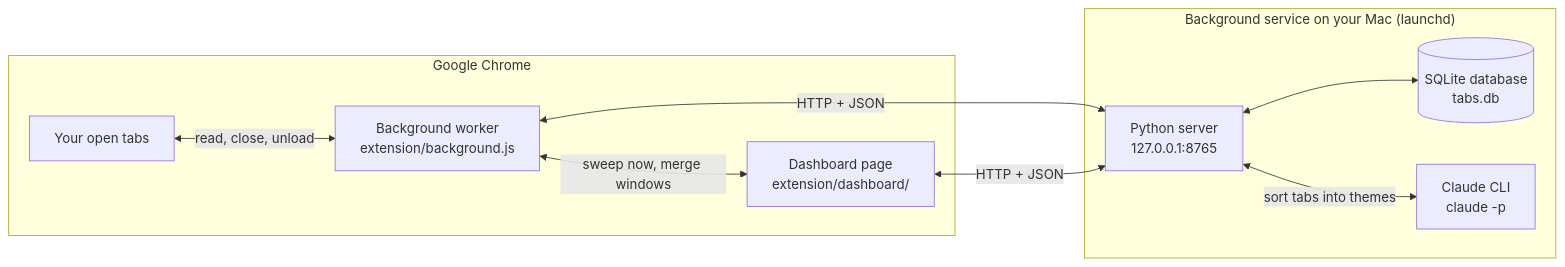
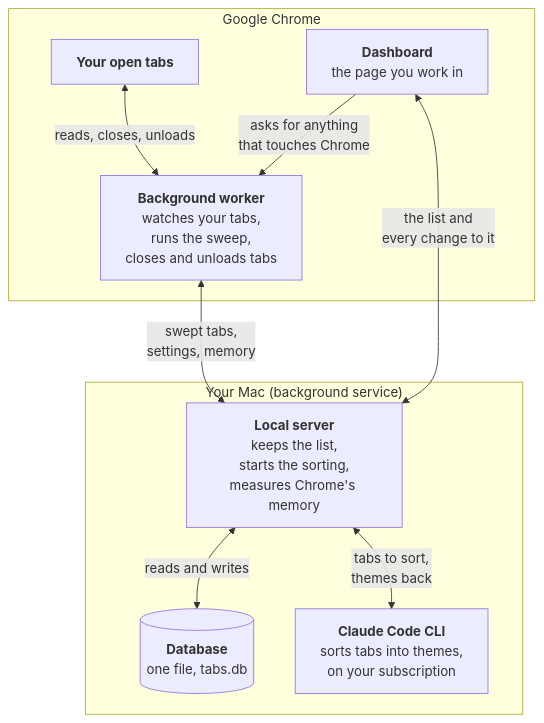
Before and after one commit to geopapa11/tab-triage: the first of 2 diagrams in docs/ARCHITECTURE.md, drawn with Mermaid. The commit also changed other lines of this file and 1 other file, not shown here.

Commit message:
docs(architecture): redraw the overview diagram and document the database
The three-part diagram is now top-down with plain-language labels and a short
walk-through, so it stays readable at GitHub's width. docs/DATABASE.md
describes every table and column, how they connect, the life of a tab row and
when rows are deleted.

````diff
--- a/docs/ARCHITECTURE.md
+++ b/docs/ARCHITECTURE.md
@@ -8,19 +10,19 @@
 ```mermaid
-flowchart LR
-  subgraph Chrome["Google Chrome"]
-    tabs["Your open tabs"]
-    worker["Background worker<br/>extension/background.js"]
-    dash["Dashboard page<br/>extension/dashboard/"]
+flowchart TB
+  subgraph chrome["Google Chrome"]
+    tabs["<b>Your open tabs</b>"]
+    worker["<b>Background worker</b><br/>watches your tabs,<br/>runs the sweep,<br/>closes and unloads tabs"]
+    dash["<b>Dashboard</b><br/>the page you work in"]
   end
-  subgraph Mac["Background service on your Mac (launchd)"]
-    server["Python server<br/>127.0.0.1:8765"]
-    db[("SQLite database<br/>tabs.db")]
-    claude["Claude CLI<br/>claude -p"]
+  subgraph mac["Your Mac (background service)"]
+    server["<b>Local server</b><br/>keeps the list,<br/>starts the sorting,<br/>measures Chrome's memory"]
+    db[("<b>Database</b><br/>one file, tabs.db")]
+    claude["<b>Claude Code CLI</b><br/>sorts tabs into themes,<br/>on your subscription"]
   end
-  tabs <-->|"read, close, unload"| worker
-  worker <-->|"sweep now, merge windows"| dash
-  worker <-->|"HTTP + JSON"| server
-  dash <-->|"HTTP + JSON"| server
-  server <--> db
-  server <-->|"sort tabs into themes"| claude
+  tabs <-->|"reads, closes, unloads"| worker
+  dash -->|"asks for anything<br/>that touches Chrome"| worker
+  worker <-->|"swept tabs,<br/>settings, memory"| server
+  dash <-->|"the list and<br/>every change to it"| server
+  server <-->|"reads and writes"| db
+  server <-->|"tabs to sort,<br/>themes back"| claude
 ```
````
